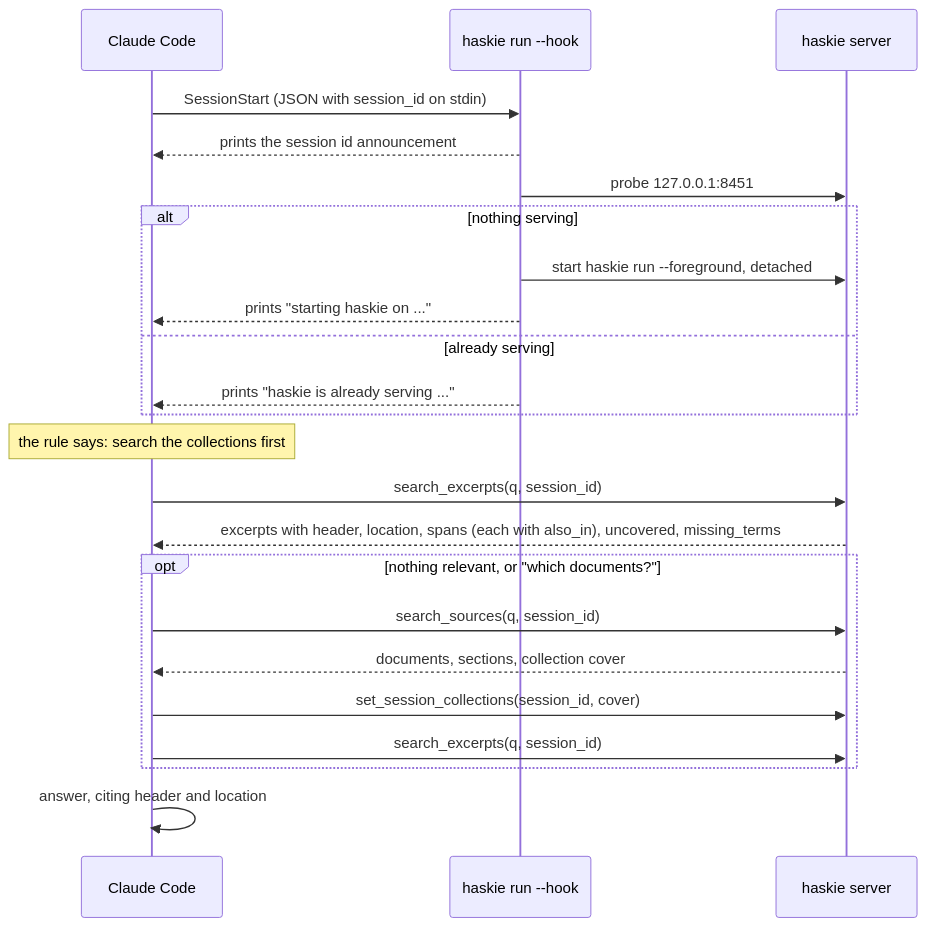
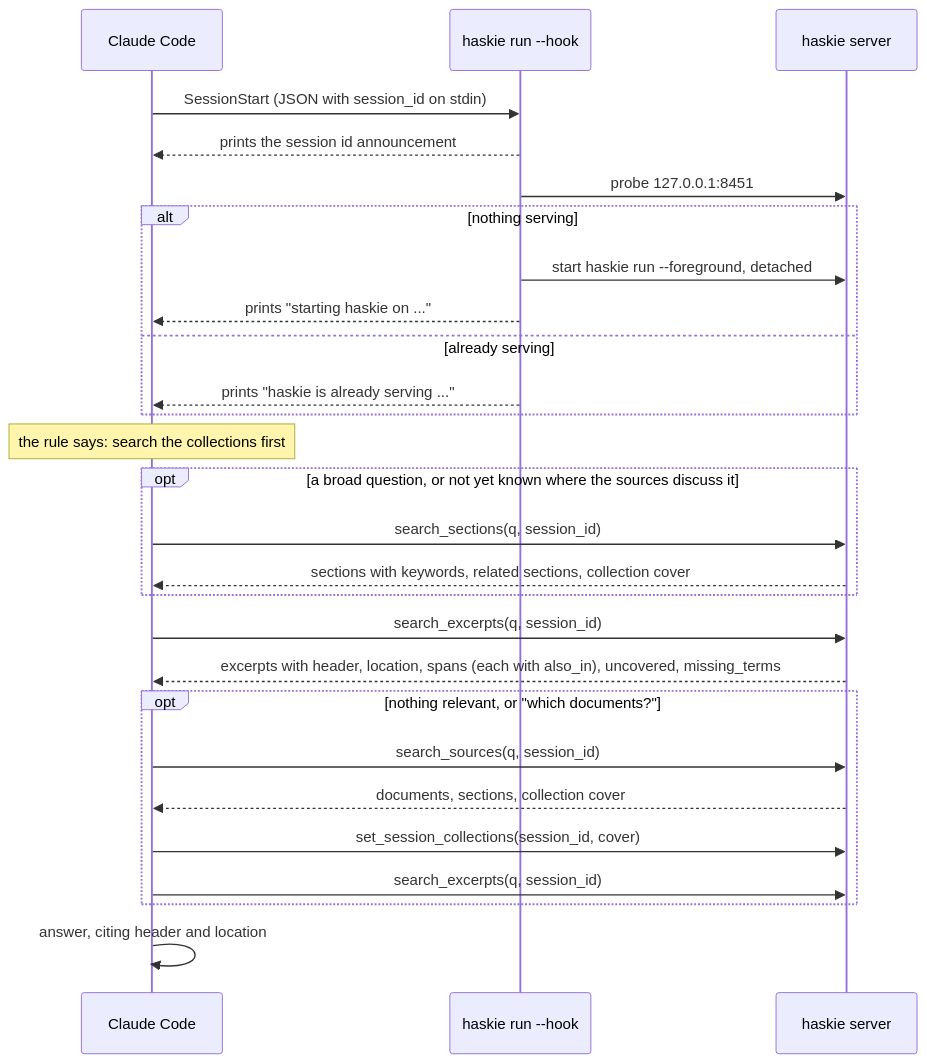
Before and after one commit to haskian/haskie: the second of 2 diagrams in docs/mcp.md, drawn with Mermaid. The commit also changed other lines of this file and 52 other files, not shown here.

````diff
--- a/docs/mcp.md
+++ b/docs/mcp.md
@@ -54,25 +54,29 @@
 ```mermaid
 sequenceDiagram
     participant CC as Claude Code
     participant Hook as haskie run --hook
     participant H as haskie server
     CC->>Hook: SessionStart (JSON with session_id on stdin)
     Hook-->>CC: prints the session id announcement
     Hook->>H: probe 127.0.0.1:8451
     alt nothing serving
         Hook->>H: start haskie run --foreground, detached
         Hook-->>CC: prints "starting haskie on ..."
     else already serving
         Hook-->>CC: prints "haskie is already serving ..."
     end
     Note over CC: the rule says: search the collections first
+    opt a broad question, or not yet known where the sources discuss it
+        CC->>H: search_sections(q, session_id)
+        H-->>CC: sections with keywords, related sections, collection cover
+    end
     CC->>H: search_excerpts(q, session_id)
     H-->>CC: excerpts with header, location, spans (each with also_in), uncovered, missing_terms
     opt nothing relevant, or "which documents?"
         CC->>H: search_sources(q, session_id)
         H-->>CC: documents, sections, collection cover
         CC->>H: set_session_collections(session_id, cover)
         CC->>H: search_excerpts(q, session_id)
     end
     CC->>CC: answer, citing header and location
 ```
````
